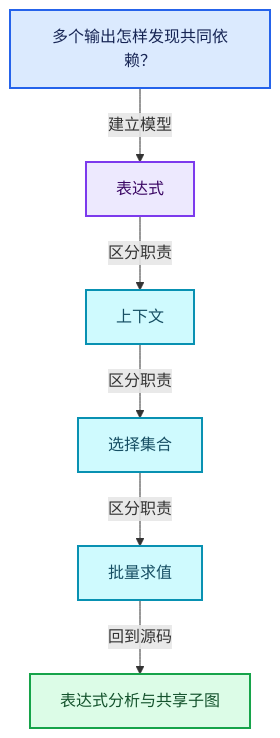
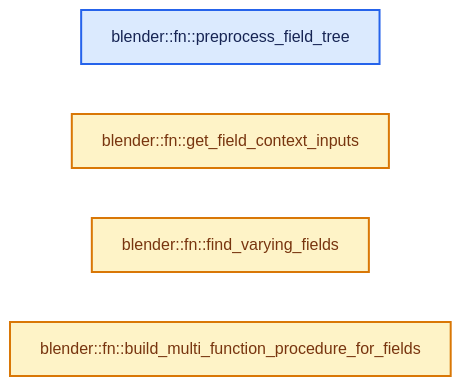
The second of 4 diagrams in 杂/markdown/全面学习-codex/08-Field表达式与求值/08-表达式分析与共享子图.md (yunkezengren/blender-.vscode), drawn with Mermaid before and after one commit. The commit also changed other lines of this file and 1930 other files, not shown here.

````diff
--- a/杂/markdown/全面学习-codex/08-Field表达式与求值/08-表达式分析与共享子图.md
+++ b/杂/markdown/全面学习-codex/08-Field表达式与求值/08-表达式分析与共享子图.md
@@ -60,20 +46,13 @@
 ```mermaid
-flowchart TB
-  Q["多个输出怎样发现共同依赖？"]:::input
-  C0["表达式"]:::abstraction
-  C1["上下文"]:::data
-  C2["选择集合"]:::data
-  C3["批量求值"]:::data
-  R["表达式分析与共享子图"]:::result
-  Q -->|"建立模型"| C0
-  C0 -->|"区分职责"| C1
-  C1 -->|"区分职责"| C2
-  C2 -->|"区分职责"| C3
-  C3 -->|"回到源码"| R
+flowchart LR
+  F0["blender::fn::preprocess_field_tree"]:::input
+  F1["blender::fn::get_field_context_inputs"]:::compute
+  F2["blender::fn::find_varying_fields"]:::compute
+  F3["blender::fn::build_multi_function_procedure_for_fields"]:::compute
   classDef input fill:#DBEAFE,stroke:#2563EB,color:#172554,stroke-width:2px;
   classDef data fill:#CFFAFE,stroke:#0891B2,color:#164E63,stroke-width:2px;
   classDef abstraction fill:#EDE9FE,stroke:#7C3AED,color:#3B0764,stroke-width:2px;
   classDef compute fill:#FEF3C7,stroke:#D97706,color:#78350F,stroke-width:2px;
   classDef result fill:#DCFCE7,stroke:#16A34A,color:#14532D,stroke-width:2px;
   classDef error fill:#FEE2E2,stroke:#DC2626,color:#7F1D1D,stroke-width:2px;
 ```
````
